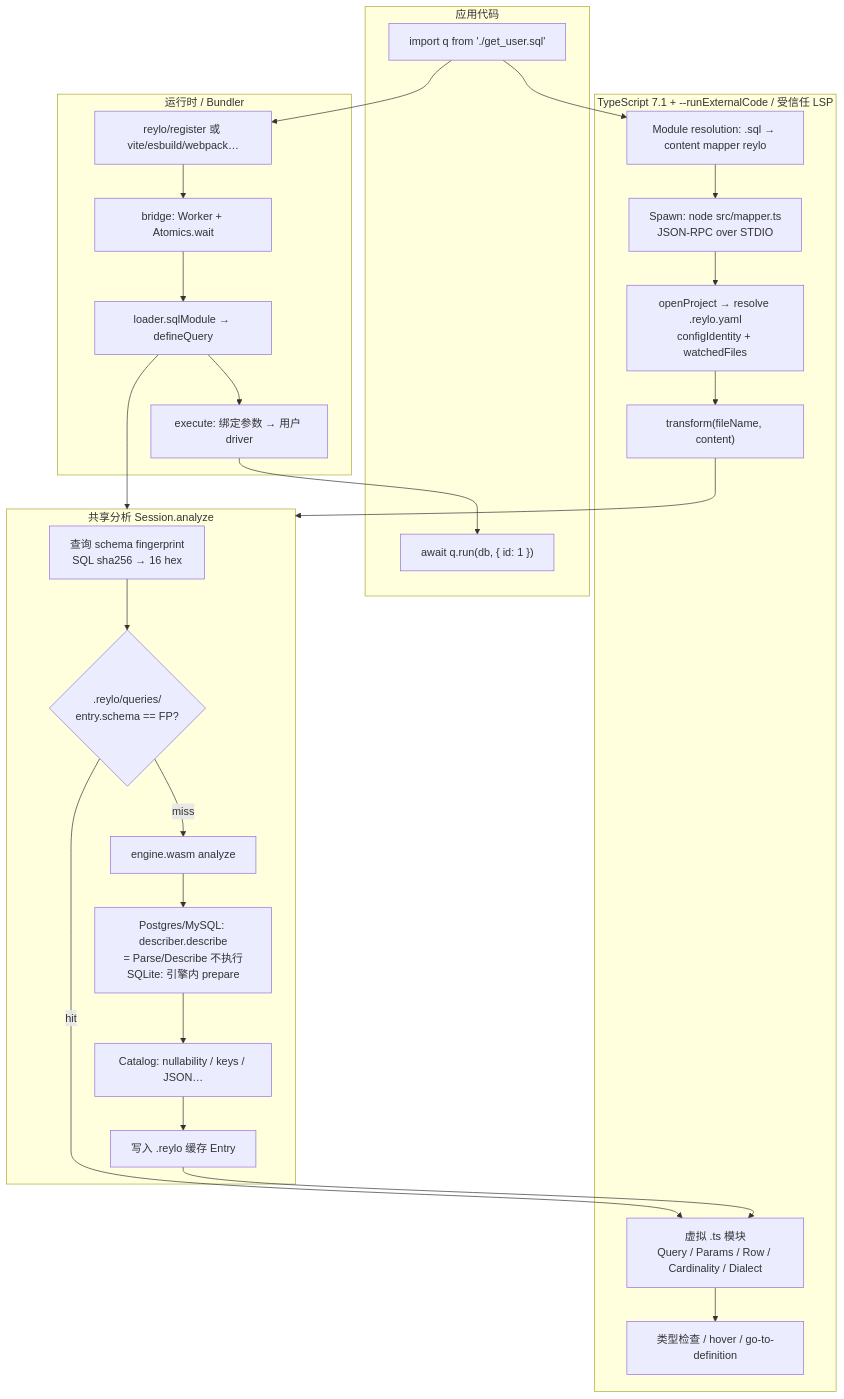
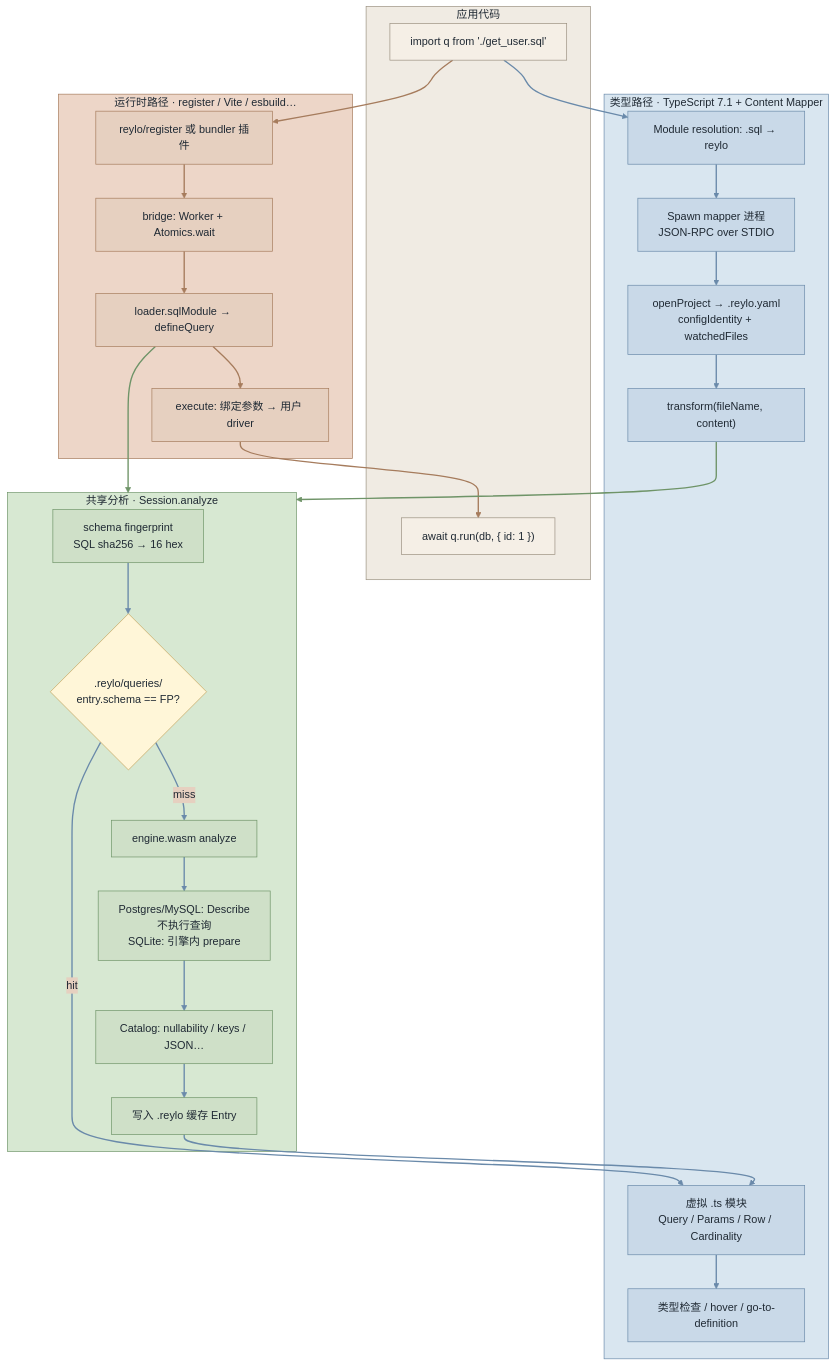
One commit to PerfectPan/wiki changed the diagram in wiki/syntheses/languages/reylo-sql-import-typescript.md. Above: the diagram before and after it, drawn with Mermaid. The commit also changed other lines of this file and 1 other file, not shown here.

First line of the commit message:
docs(languages): move Content Mapper to TypeScript topic and color Mermaid

````diff
--- a/wiki/syntheses/languages/reylo-sql-import-typescript.md
+++ b/wiki/syntheses/languages/reylo-sql-import-typescript.md
@@ -68,43 +57,64 @@
 ```mermaid
+%%{init: {'theme':'base','themeVariables':{'fontFamily':'ui-sans-serif,system-ui,sans-serif','primaryColor':'#c9d9e8','primaryTextColor':'#1f2933','primaryBorderColor':'#6a8aaa','lineColor':'#6b7280','secondaryColor':'#e6d0c0','tertiaryColor':'#cfe0c8','mainBkg':'#c9d9e8','nodeBorder':'#6a8aaa','clusterBkg':'#f7f5f2','clusterBorder':'#9a9080'}}}%%
 flowchart TB
   subgraph UserCode["应用代码"]
     Imp["import q from './get_user.sql'"]
     Run["await q.run(db, { id: 1 })"]
   end
 
-  subgraph TS71["TypeScript 7.1 + --runExternalCode / 受信任 LSP"]
-    Res["Module resolution: .sql → content mapper reylo"]
-    Spawn["Spawn: node src/mapper.ts<br/>JSON-RPC over STDIO"]
-    OP["openProject → resolve .reylo.yaml<br/>configIdentity + watchedFiles"]
+  subgraph TS71["类型路径 · TypeScript 7.1 + Content Mapper"]
+    Res["Module resolution: .sql → reylo"]
+    Spawn["Spawn mapper 进程<br/>JSON-RPC over STDIO"]
+    OP["openProject → .reylo.yaml<br/>configIdentity + watchedFiles"]
     TR["transform(fileName, content)"]
-    Virt["虚拟 .ts 模块<br/>Query / Params / Row / Cardinality / Dialect"]
+    Virt["虚拟 .ts 模块<br/>Query / Params / Row / Cardinality"]
     Check["类型检查 / hover / go-to-definition"]
   end
 
-  subgraph Analyze["共享分析 Session.analyze"]
-    FP["查询 schema fingerprint<br/>SQL sha256 → 16 hex"]
+  subgraph Analyze["共享分析 · Session.analyze"]
+    FP["schema fingerprint<br/>SQL sha256 → 16 hex"]
     Cache{".reylo/queries/<br/>entry.schema == FP?"}
     Eng["engine.wasm analyze"]
-    Desc["Postgres/MySQL: describer.describe<br/>= Parse/Describe 不执行<br/>SQLite: 引擎内 prepare"]
+    Desc["Postgres/MySQL: Describe<br/>不执行查询<br/>SQLite: 引擎内 prepare"]
     Cat["Catalog: nullability / keys / JSON…"]
     Write["写入 .reylo 缓存 Entry"]
   end
 
-  subgraph Runtime["运行时 / Bundler"]
-    Reg["reylo/register 或 vite/esbuild/webpack…"]
+  subgraph Runtime["运行时路径 · register / Vite / esbuild…"]
+    Reg["reylo/register 或 bundler 插件"]
     Bridge["bridge: Worker + Atomics.wait"]
     Load["loader.sqlModule → defineQuery"]
     Exec["execute: 绑定参数 → 用户 driver"]
   end
 
   Imp --> Res --> Spawn --> OP --> TR
   TR --> Analyze
   FP --> Cache
   Cache -->|hit| Virt
   Cache -->|miss| Eng --> Desc --> Cat --> Write --> Virt
   Virt --> Check
 
   Imp --> Reg --> Bridge --> Load
   Load --> Analyze
   Load --> Exec --> Run
+
+  style UserCode fill:#f0ebe3,stroke:#9a9080,color:#1f2933
+  style TS71 fill:#d9e6f0,stroke:#6a8aaa,color:#1f2933
+  style Analyze fill:#d7e8d2,stroke:#6f9468,color:#1f2933
+  style Runtime fill:#edd6c8,stroke:#a67c5d,color:#1f2933
+
+  classDef typeN fill:#c9d9e8,stroke:#6a8aaa,color:#1f2933
+  classDef runN fill:#e6d0c0,stroke:#a67c5d,color:#1f2933
+  classDef shareN fill:#cfe0c8,stroke:#6f9468,color:#1f2933
+  classDef userN fill:#f5efe6,stroke:#9a9080,color:#1f2933
+  classDef decision fill:#fff6d8,stroke:#c4a35a,color:#1f2933
+  class Imp,Run userN
+  class Res,Spawn,OP,TR,Virt,Check typeN
+  class FP,Eng,Desc,Cat,Write shareN
+  class Cache decision
+  class Reg,Bridge,Load,Exec runN
+
+  linkStyle 0,1,2,3,5,6,7,8,9,10,11,12 stroke:#6a8aaa,stroke-width:2px
+  linkStyle 4,16 stroke:#6f9468,stroke-width:2px
+  linkStyle 13,14,15,17,18 stroke:#a67c5d,stroke-width:2px
 ```
````
